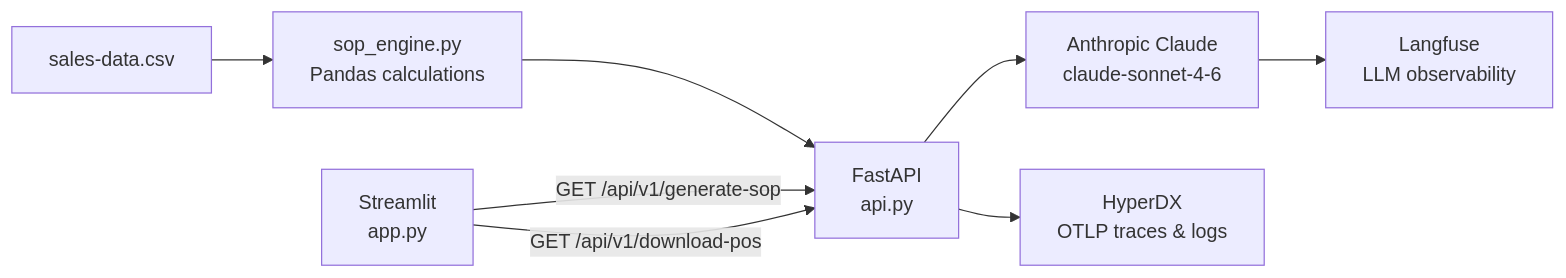
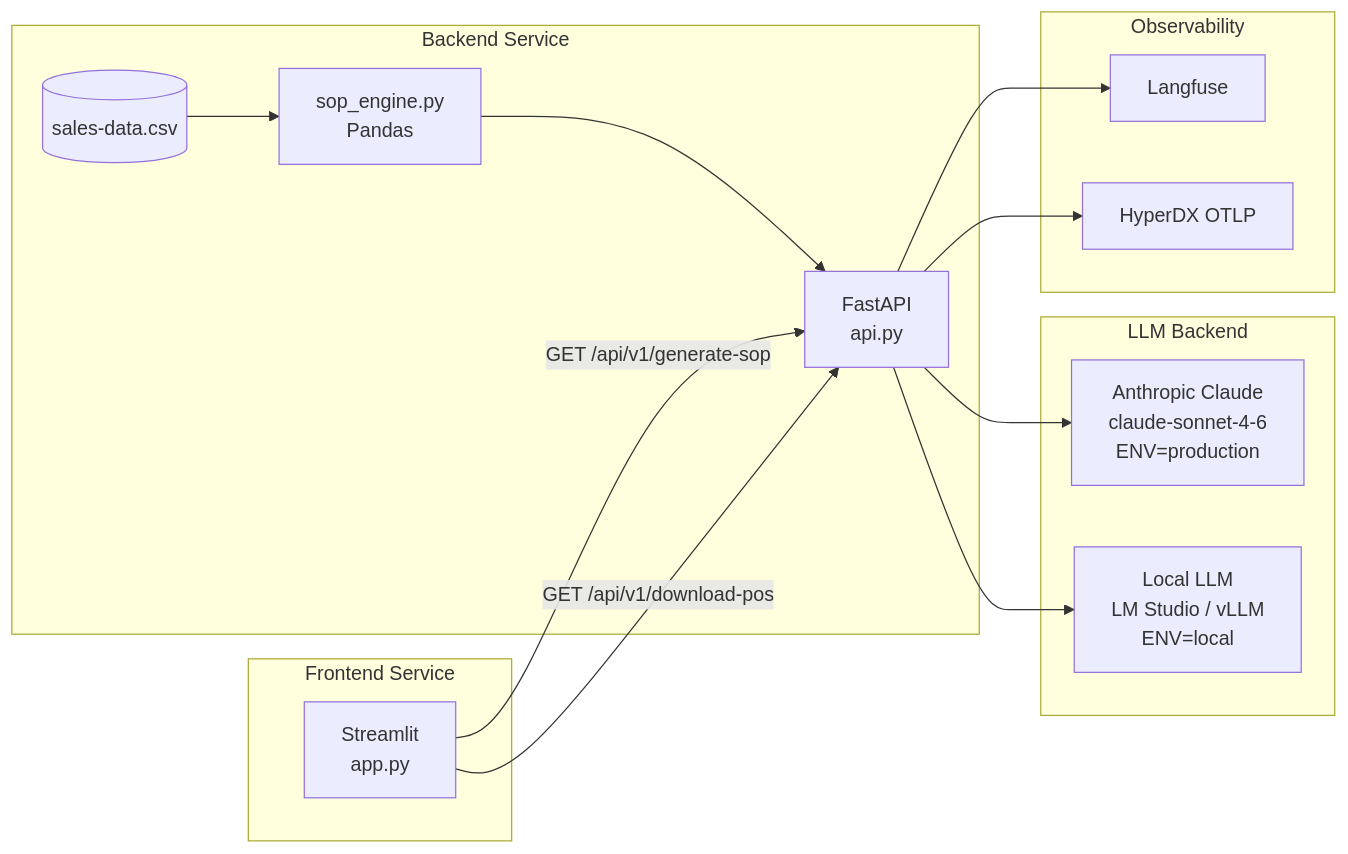
The diagram in README.md (chris-colinsky/manukora), drawn with Mermaid before and after one commit. The commit also changed 6 other files, not shown here.

````diff
--- a/README.md
+++ b/README.md
@@ -12,18 +12,31 @@
 ```mermaid
-graph LR
-    CSV["sales-data.csv"]
-    ENGINE["sop_engine.py\nPandas calculations"]
-    API["FastAPI\napi.py"]
-    LLM["Anthropic Claude\nclaude-sonnet-4-6"]
-    UI["Streamlit\napp.py"]
-    LANGFUSE["Langfuse\nLLM observability"]
-    HYPERDX["HyperDX\nOTLP traces & logs"]
+flowchart LR
+    subgraph backend[Backend Service]
+        CSV[(sales-data.csv)]
+        ENGINE[sop_engine.py\nPandas]
+        API[FastAPI\napi.py]
+    end
+
+    subgraph llm[LLM Backend]
+        LLM[Anthropic Claude\nclaude-sonnet-4-6\nENV=production]
+        LOCAL[Local LLM\nLM Studio / vLLM\nENV=local]
+    end
+
+    subgraph frontend[Frontend Service]
+        UI[Streamlit\napp.py]
+    end
+
+    subgraph observability[Observability]
+        LANGFUSE[Langfuse]
+        HYPERDX[HyperDX OTLP]
+    end
 
     CSV --> ENGINE
     ENGINE --> API
     API --> LLM
-    LLM --> LANGFUSE
+    API --> LOCAL
+    API --> LANGFUSE
     API --> HYPERDX
-    UI -->|"GET /api/v1/generate-sop"| API
-    UI -->|"GET /api/v1/download-pos"| API
+    UI -->|GET /api/v1/generate-sop| API
+    UI -->|GET /api/v1/download-pos| API
 ```
````
